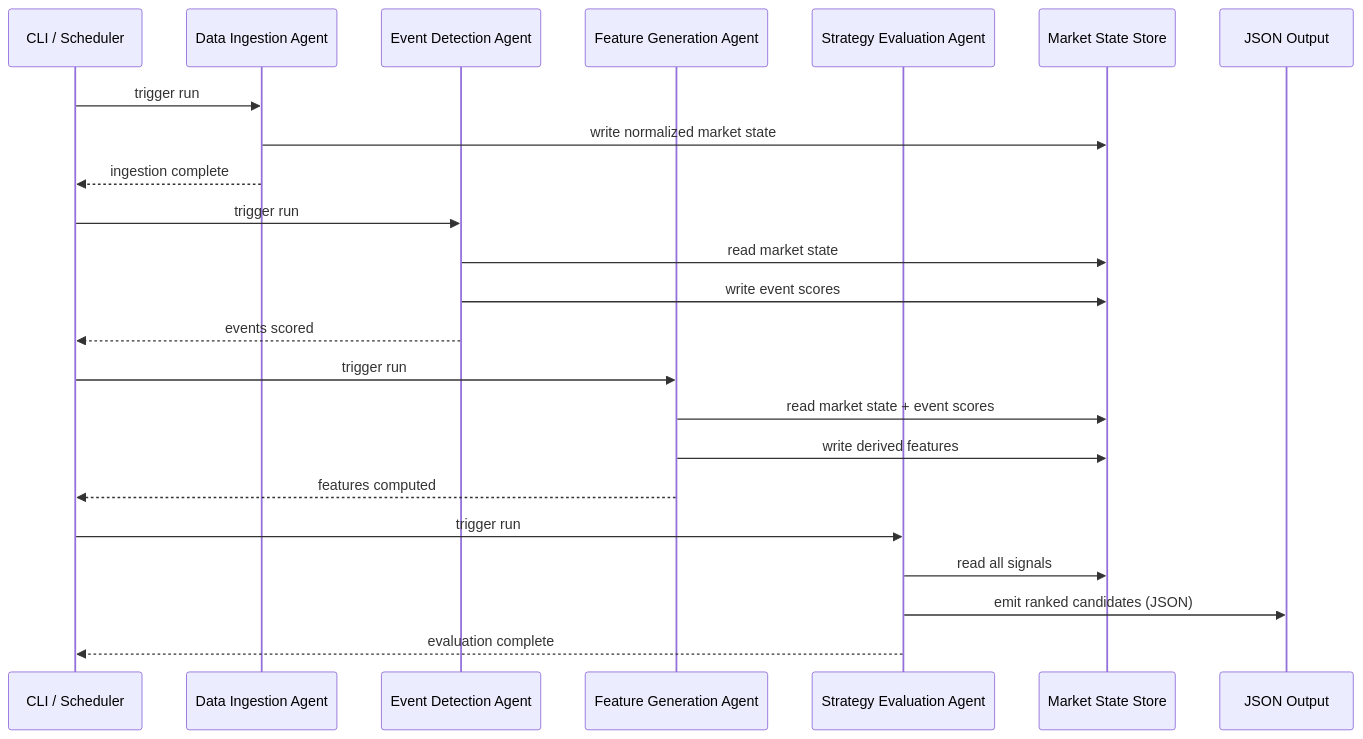
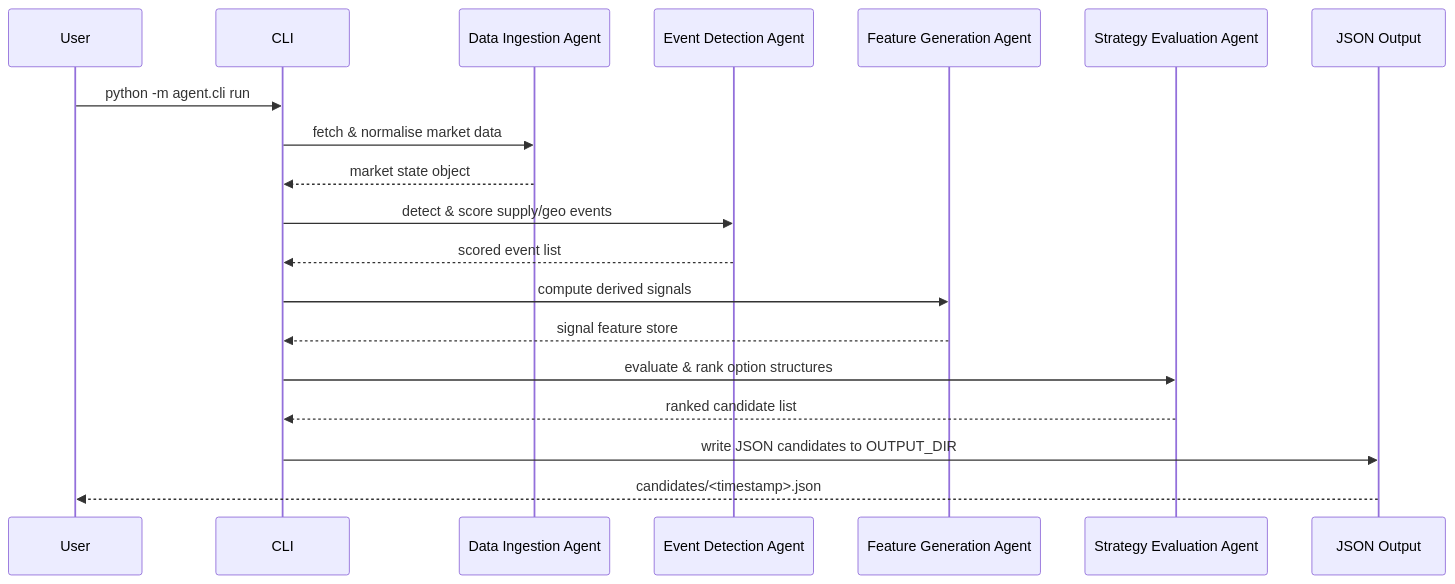
One commit to jeisenback/golden_boy_peanuts changed the second of 2 diagrams in docs/generated/user_guide_full-pipeline.md. Above: the diagram before and after it, drawn with Mermaid. The commit also changed other lines of this file, not shown here.

Commit message:
docs: regenerate user guide [skip ci]

````diff
--- a/docs/generated/user_guide_full-pipeline.md
+++ b/docs/generated/user_guide_full-pipeline.md
@@ -201,29 +210,22 @@
 ```mermaid
 sequenceDiagram
-    participant CLI as CLI / Scheduler
-    participant DIA as Data Ingestion Agent
-    participant EDA as Event Detection Agent
-    participant FGA as Feature Generation Agent
-    participant SEA as Strategy Evaluation Agent
-    participant Store as Market State Store
-    participant Out as JSON Output
+    participant User
+    participant CLI
+    participant Ingestion as Data Ingestion Agent
+    participant Events as Event Detection Agent
+    participant Features as Feature Generation Agent
+    participant Strategy as Strategy Evaluation Agent
+    participant Output as JSON Output
 
-    CLI->>DIA: trigger run
-    DIA->>Store: write normalized market state
-    DIA-->>CLI: ingestion complete
-
-    CLI->>EDA: trigger run
-    EDA->>Store: read market state
-    EDA->>Store: write event scores
-    EDA-->>CLI: events scored
-
-    CLI->>FGA: trigger run
-    FGA->>Store: read market state + event scores
-    FGA->>Store: write derived features
-    FGA-->>CLI: features computed
-
-    CLI->>SEA: trigger run
-    SEA->>Store: read all signals
-    SEA->>Out: emit ranked candidates (JSON)
-    SEA-->>CLI: evaluation complete
+    User->>CLI: python -m agent.cli run
+    CLI->>Ingestion: fetch & normalise market data
+    Ingestion-->>CLI: market state object
+    CLI->>Events: detect & score supply/geo events
+    Events-->>CLI: scored event list
+    CLI->>Features: compute derived signals
+    Features-->>CLI: signal feature store
+    CLI->>Strategy: evaluate & rank option structures
+    Strategy-->>CLI: ranked candidate list
+    CLI->>Output: write JSON candidates to OUTPUT_DIR
+    Output-->>User: candidates/<timestamp>.json
 ```
````
